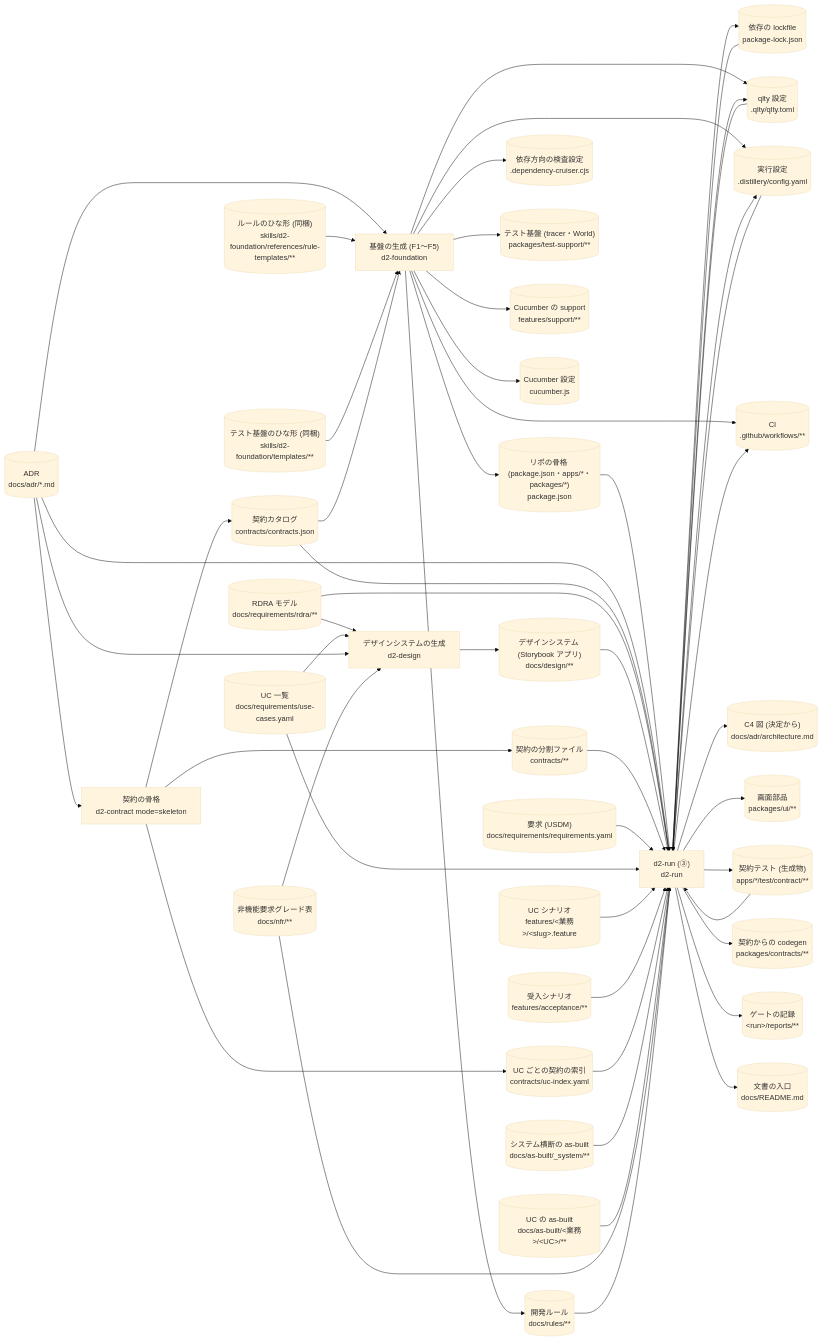
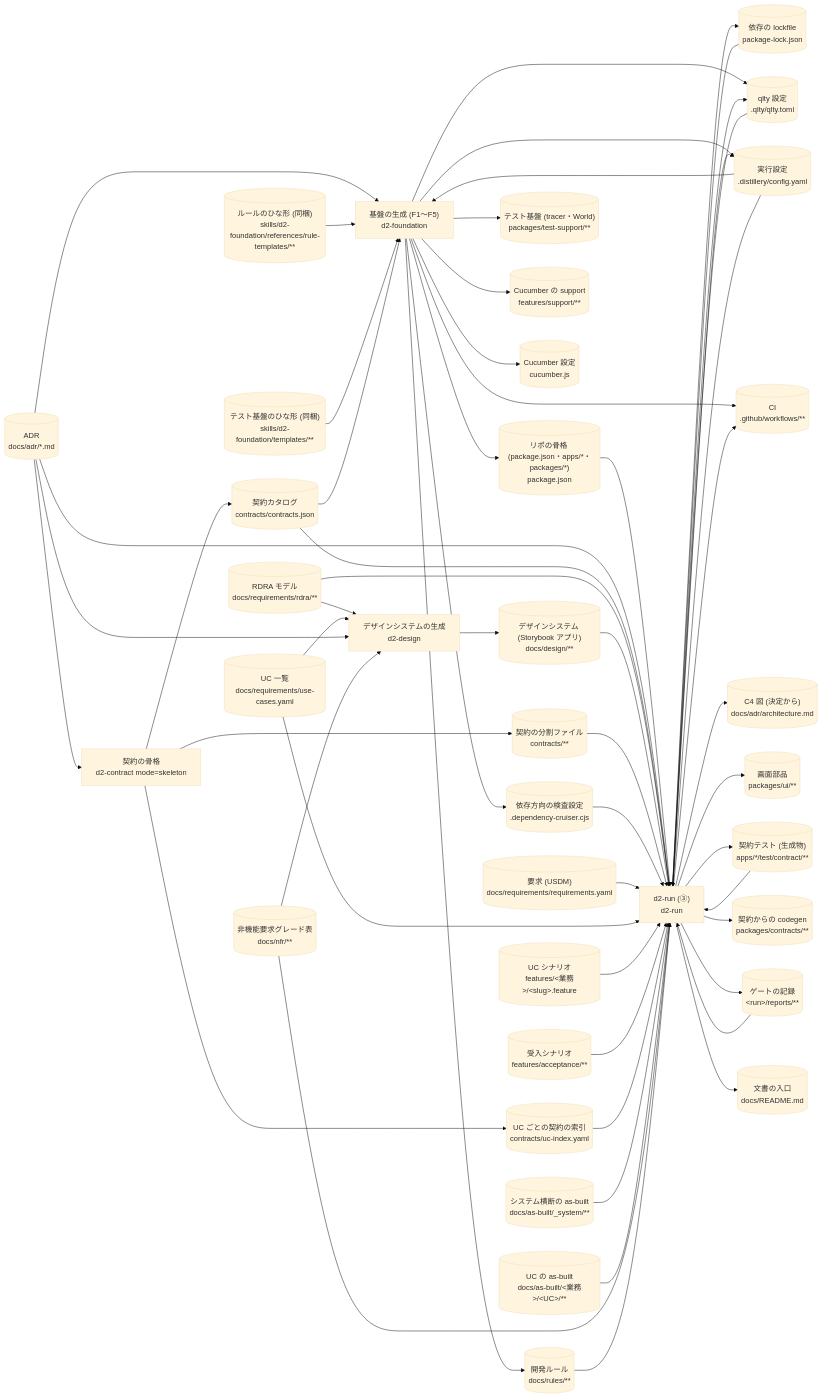
Before and after one commit to suwa-sh/suwa-sh-claude-plugins: the fourth of 12 diagrams in plugins/distillery2/skills/d2-common/references/dataflow.md, drawn with Mermaid (base theme). The commit also changed other lines of this file and 6 other files, not shown here.

```diff
--- a/plugins/distillery2/skills/d2-common/references/dataflow.md
+++ b/plugins/distillery2/skills/d2-common/references/dataflow.md
@@ -357,6 +357,7 @@
   s_rule_templates --> p_foundation
   s_support_templates --> p_foundation
   s_contracts_catalog --> p_foundation
+  s_config --> p_foundation
   p_foundation --> s_rules
   p_foundation --> s_depcruise_config
   p_foundation --> s_test_support
@@ -385,6 +386,8 @@
   s_design --> p_run_foundation
   s_contracts_src --> p_run_foundation
   s_contract_tests --> p_run_foundation
+  s_depcruise_config --> p_run_foundation
+  s_reports --> p_run_foundation
   s_req_usdm --> p_run_foundation
   s_use_cases --> p_run_foundation
   s_feature --> p_run_foundation
```
